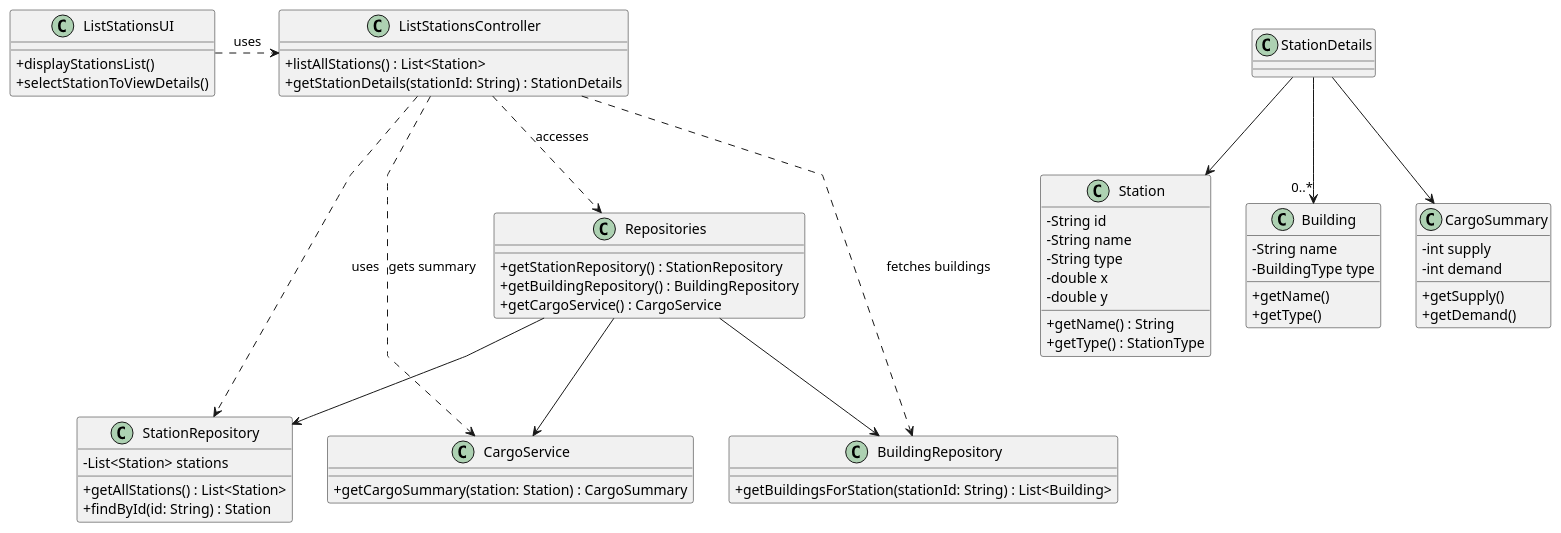
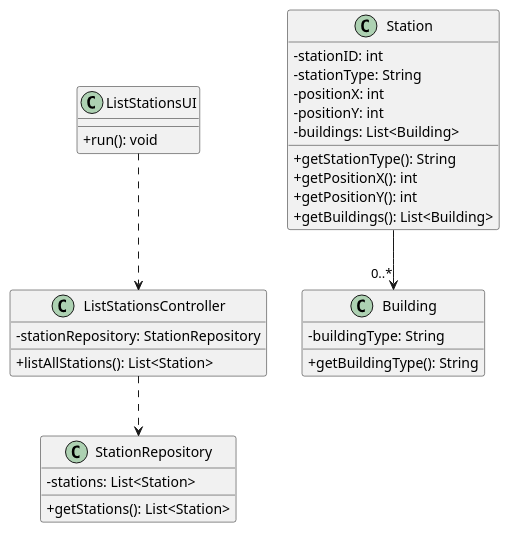
The diagram in docs/sprint2/us007/03.design/puml/us007-class-diagram.puml (ivasduarte/all-aboard), drawn with PlantUML before and after one commit.

Commit message:
US07(docs): Class diagram

```diff
--- a/docs/sprint2/us007/03.design/puml/us007-class-diagram.puml
+++ b/docs/sprint2/us007/03.design/puml/us007-class-diagram.puml
@@ -1,84 +1,41 @@
 @startuml
 skinparam packageStyle rectangle
 skinparam shadowing false
 skinparam linetype polyline
 skinparam classAttributeIconSize 0
 
-
 class ListStationsUI {
-    + displayStationsList()
-    + selectStationToViewDetails()
+    + run(): void
 }
 
 class ListStationsController {
-    + listAllStations() : List<Station>
-    + getStationDetails(stationId: String) : StationDetails
-}
-
-
-class Repositories {
-    + getStationRepository() : StationRepository
-    + getBuildingRepository() : BuildingRepository
-    + getCargoService() : CargoService
+    - stationRepository: StationRepository
+    + listAllStations(): List<Station>
 }
 
 class StationRepository {
-    - List<Station> stations
-    + getAllStations() : List<Station>
-    + findById(id: String) : Station
+    - stations: List<Station>
+    + getStations(): List<Station>
 }
 
-class BuildingRepository {
-    + getBuildingsForStation(stationId: String) : List<Building>
+class Station {
+    - stationID: int
+    - stationType: String
+    - positionX: int
+    - positionY: int
+    - buildings: List<Building>
+    + getStationType(): String
+    + getPositionX(): int
+    + getPositionY(): int
+    + getBuildings(): List<Building>
 }
 
-
-class Station {
-    - String id
-    - String name
-    - String type
-    - double x
-    - double y
-    + getName() : String
-    + getType() : StationType
-
+class Building {
+    - buildingType: String
+    + getBuildingType(): String
 }
 
-
-class Building {
-    - String name
-    - BuildingType type
-    + getName()
-    + getType()
-}
-
-class CargoService {
-    + getCargoSummary(station: Station) : CargoSummary
-}
-
-class CargoSummary {
-    - int supply
-    - int demand
-    + getSupply()
-    + getDemand()
-}
-
-
-ListStationsUI .> ListStationsController : uses
-ListStationsController ..> Repositories : accesses
-Repositories --> StationRepository
-Repositories --> BuildingRepository
-Repositories --> CargoService
-
-ListStationsController ..> StationRepository : uses
-ListStationsController ..> CargoService : gets summary
-ListStationsController ..> BuildingRepository : fetches buildings
-
-
-StationDetails --> Station
-StationDetails --> CargoSummary
-StationDetails --> "0..*" Building
-
-
-
+ListStationsUI ..> ListStationsController
+ListStationsController ..> StationRepository
+Station --> "0..*" Building
 @enduml
```
